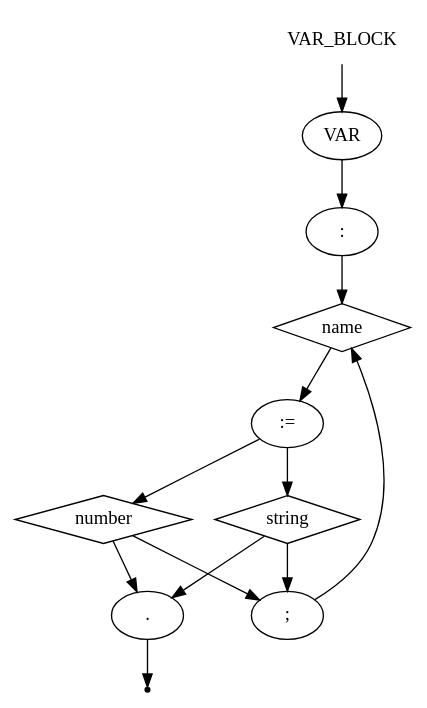
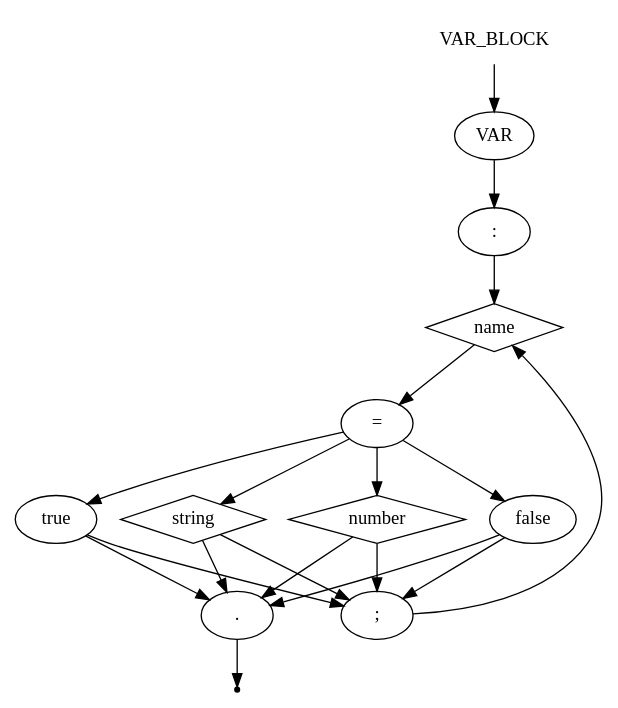
The diagram in _examples/ciao/var_block.gv (aVorotnikov/dsl_generator), drawn with Graphviz before and after one commit. The commit also changed 1 other file, not shown here.

```diff
--- a/_examples/ciao/var_block.gv
+++ b/_examples/ciao/var_block.gv
@@ -1,24 +1,32 @@
 digraph VAR_BLOCK {
     start [label=VAR_BLOCK shape=plaintext]
     A [label=VAR shape=oval]
     B [label=":" shape=oval]
     C [label=name shape=diamond]
-    D [label=":=" shape=oval]
+    D [label="=" shape=oval]
     E [label=number shape=diamond]
     F [label=string shape=diamond]
     G [label=";" shape=oval]
     H [label="." shape=oval]
+    I [label="false" shape=oval]
+    J [label="true" shape=oval]
     end [label="" shape=point]
     start -> A
     A -> B
     B -> C
     C -> D
     D -> E
     D -> F
+    D -> I
+    D -> J
     E -> G
     E -> H
     F -> G
     F -> H
     G -> C
     H -> end
+    I -> G
+    I -> H
+    J -> G
+    J -> H
 }
```
